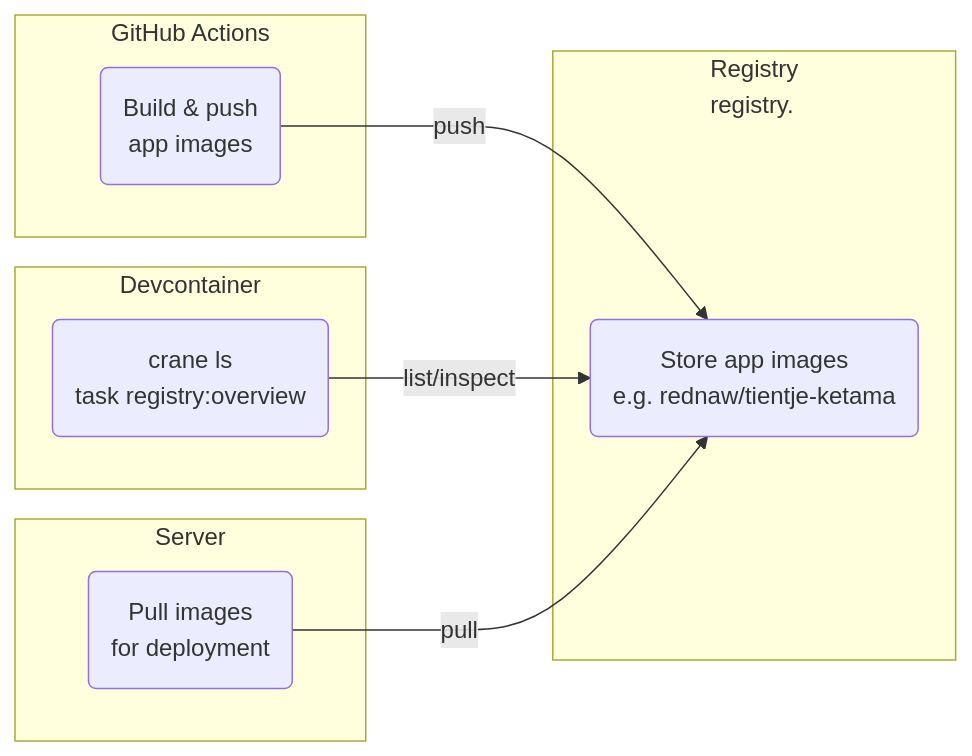
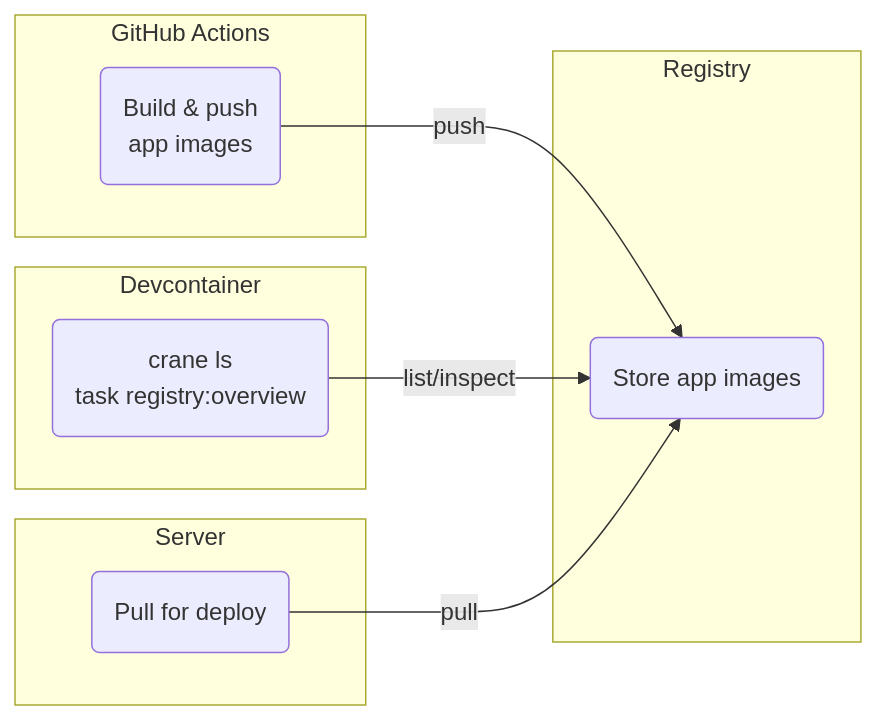
Before and after one commit to rednaw/iac: the diagram in docs/registry.md, drawn with Mermaid. The commit also changed other lines of this file and 13 other files, not shown here.

````diff
--- a/docs/registry.md
+++ b/docs/registry.md
@@ -7,22 +7,18 @@
 ```mermaid
 flowchart LR
     subgraph GITHUB["GitHub Actions"]
         A(Build & push<br/>app images)
     end
-    
-    subgraph REGISTRY["Registry<br/>registry.<base_domain>"]
-        B(Store app images<br/>e.g. rednaw/tientje-ketama)
+    subgraph REGISTRY["Registry"]
+        B(Store app images)
     end
-    
     subgraph DEVCONTAINER["Devcontainer"]
         C(crane ls<br/>task registry:overview)
     end
-    
     subgraph SERVER["Server"]
-        D(Pull images<br/>for deployment)
+        D(Pull for deploy)
     end
-    
     A -->|push| B
     C -->|list/inspect| B
     D -->|pull| B
 ```
````
